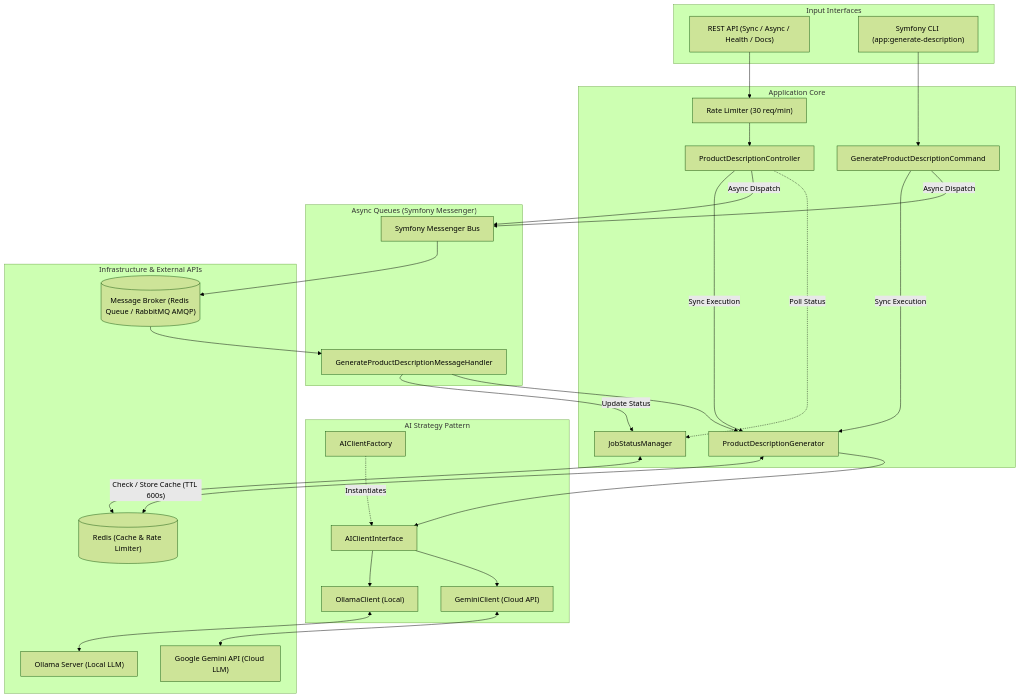
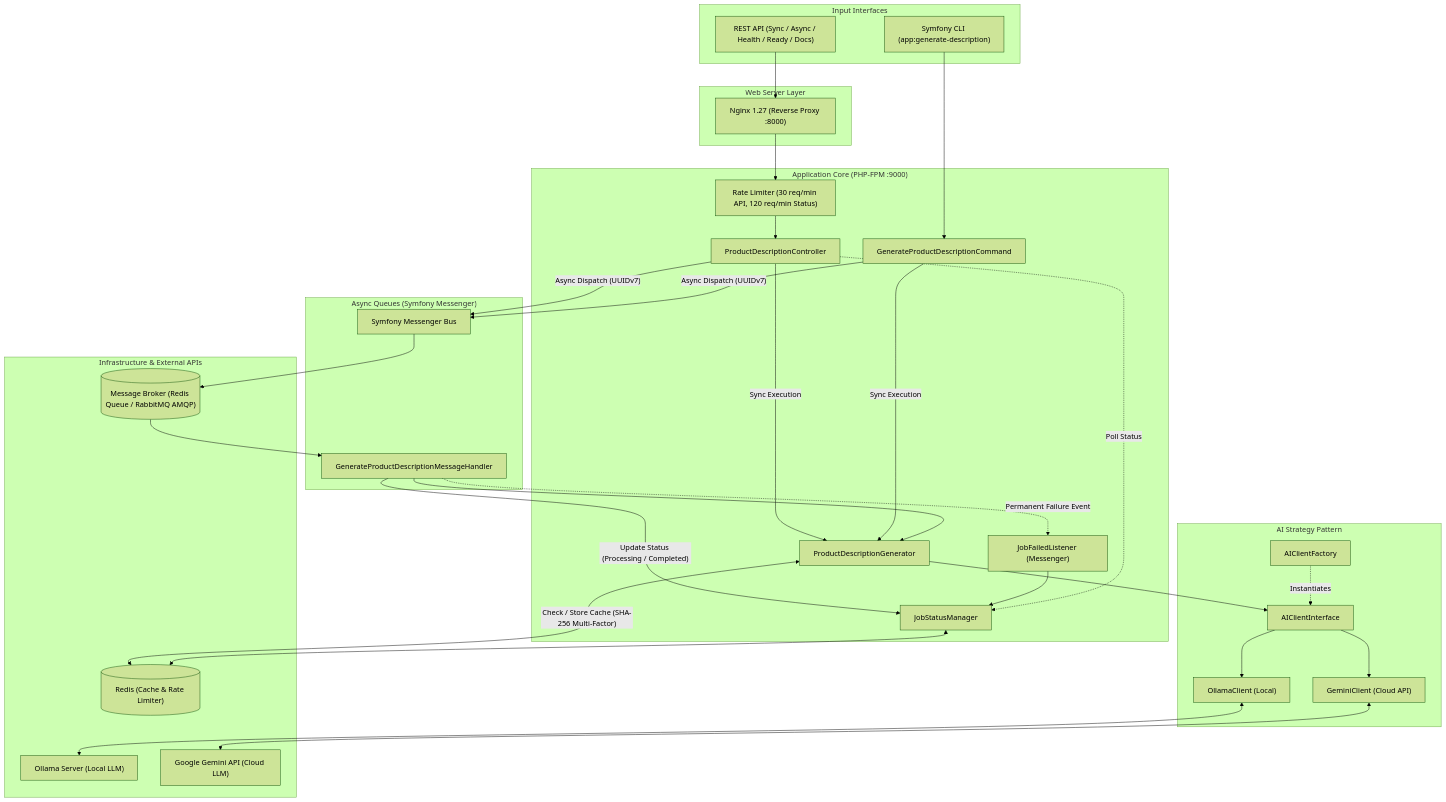
One commit to michal-kraus/ai-product-description-microservice changed the diagram in README.md. Above: the diagram before and after it, drawn with Mermaid (forest theme). The commit also changed other lines of this file and 2 other files, not shown here.

Commit message:
docs: update api specification and documentation for recent architecture changes

````diff
--- a/README.md
+++ b/README.md
@@ -25,60 +25,66 @@
 ```mermaid
 flowchart TD
     subgraph Clients ["Input Interfaces"]
-        HTTP["REST API (Sync / Async / Health / Docs)"]
+        HTTP["REST API (Sync / Async / Health / Ready / Docs)"]
         CLI["Symfony CLI (app:generate-description)"]
     end
 
-    subgraph App ["Application Core"]
-        Limiter["Rate Limiter (30 req/min)"]
+    subgraph WebServer ["Web Server Layer"]
+        Nginx["Nginx 1.27 (Reverse Proxy :8000)"]
+    end
+
+    subgraph App ["Application Core (PHP-FPM :9000)"]
+        Limiter["Rate Limiter (30 req/min API, 120 req/min Status)"]
         Controller["ProductDescriptionController"]
         Command["GenerateProductDescriptionCommand"]
         Generator["ProductDescriptionGenerator"]
         JobManager["JobStatusManager"]
+        JobListener["JobFailedListener (Messenger)"]
     end
 
     subgraph MessengerLayer ["Async Queues (Symfony Messenger)"]
         Bus["Symfony Messenger Bus"]
         Handler["GenerateProductDescriptionMessageHandler"]
     end
 
     subgraph AIService ["AI Strategy Pattern"]
         Factory["AIClientFactory"]
         Strategy["AIClientInterface"]
         Ollama["OllamaClient (Local)"]
         Gemini["GeminiClient (Cloud API)"]
     end
 
     subgraph Infra ["Infrastructure & External APIs"]
         RedisCache[("Redis (Cache & Rate Limiter)")]
         Queues[("Message Broker (Redis Queue / RabbitMQ AMQP)")]
         OllamaSrv["Ollama Server (Local LLM)"]
         GeminiAPI["Google Gemini API (Cloud LLM)"]
     end
 
-    HTTP --> Limiter --> Controller
+    HTTP --> Nginx --> Limiter --> Controller
     CLI --> Command
 
     Controller -- "Sync Execution" --> Generator
     Command -- "Sync Execution" --> Generator
 
-    Controller -- "Async Dispatch" --> Bus
-    Command -- "Async Dispatch" --> Bus
+    Controller -- "Async Dispatch (UUIDv7)" --> Bus
+    Command -- "Async Dispatch (UUIDv7)" --> Bus
 
     Bus --> Queues --> Handler
-    Handler -- "Update Status" --> JobManager
+    Handler -- "Update Status (Processing / Completed)" --> JobManager
     Handler --> Generator
+    Handler -. "Permanent Failure Event" .-> JobListener --> JobManager
 
-    Generator <-->|"Check / Store Cache (TTL 600s)"| RedisCache
+    Generator <-->|"Check / Store Cache (SHA-256 Multi-Factor)"| RedisCache
     Generator --> Strategy
 
     Factory -. "Instantiates" .-> Strategy
     Strategy --> Ollama
     Strategy --> Gemini
 
     Ollama <--> OllamaSrv
     Gemini <--> GeminiAPI
 
     Controller -. "Poll Status" .-> JobManager
     JobManager <--> RedisCache
 ```
````
